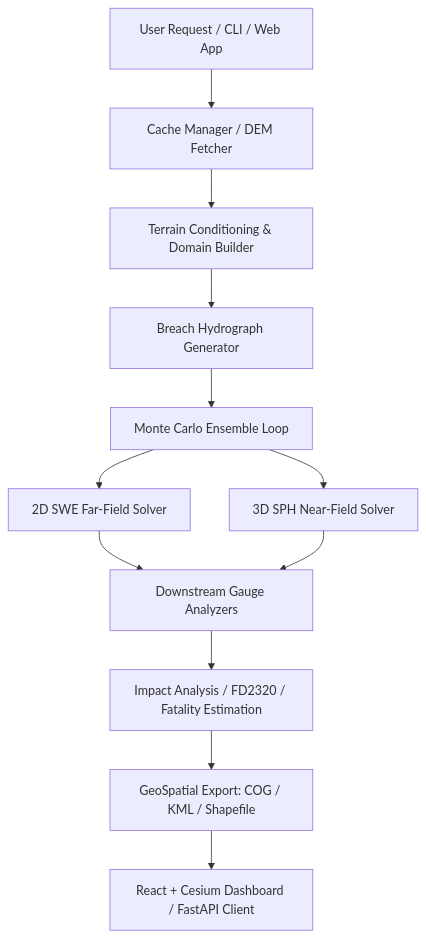
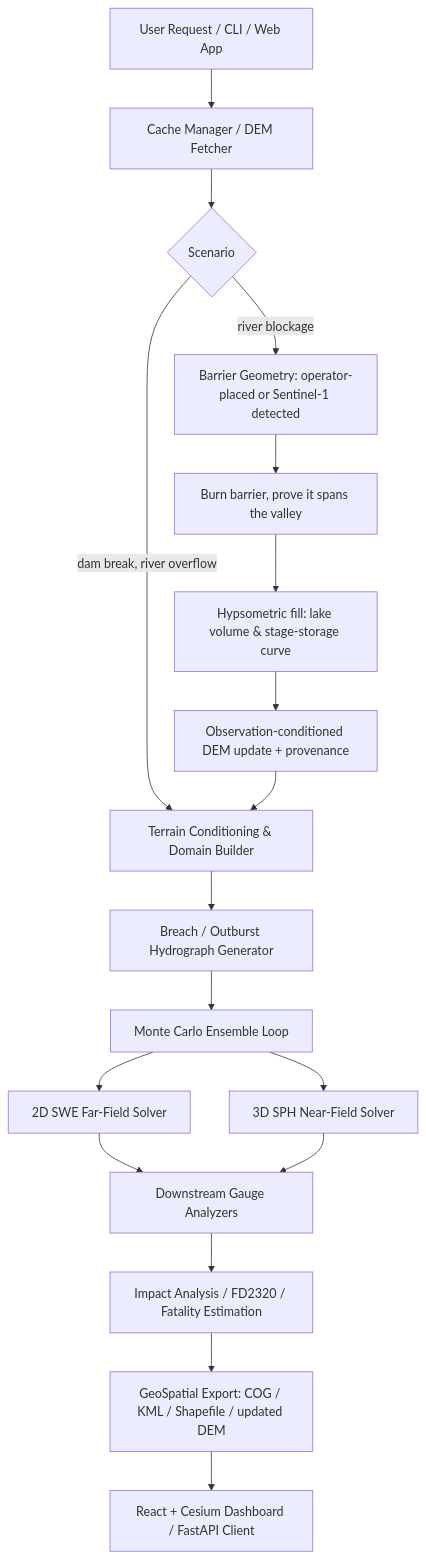
One commit to SatyajeetChavan30/SIH-prototype changed the diagram in README.md. Above: the diagram before and after it, drawn with Mermaid. The commit also changed other lines of this file and 92 other files, not shown here.

Commit message:
river blockage

````diff
--- a/README.md
+++ b/README.md
@@ -25,14 +27,20 @@
 ```mermaid
 graph TD
     A[User Request / CLI / Web App] --> B[Cache Manager / DEM Fetcher]
-    B --> C[Terrain Conditioning & Domain Builder]
-    C --> D[Breach Hydrograph Generator]
+    B --> C{Scenario}
+    C -->|dam break, river overflow| E0[Terrain Conditioning & Domain Builder]
+    C -->|river blockage| L1[Barrier Geometry: operator-placed or Sentinel-1 detected]
+    L1 --> L2[Burn barrier, prove it spans the valley]
+    L2 --> L3[Hypsometric fill: lake volume & stage-storage curve]
+    L3 --> L4[Observation-conditioned DEM update + provenance]
+    L4 --> E0
+    E0 --> D[Breach / Outburst Hydrograph Generator]
     D --> E[Monte Carlo Ensemble Loop]
     E --> F[2D SWE Far-Field Solver]
     E --> G[3D SPH Near-Field Solver]
     F --> H[Downstream Gauge Analyzers]
     G --> H
     H --> I[Impact Analysis / FD2320 / Fatality Estimation]
-    I --> J[GeoSpatial Export: COG / KML / Shapefile]
+    I --> J[GeoSpatial Export: COG / KML / Shapefile / updated DEM]
     J --> K[React + Cesium Dashboard / FastAPI Client]
 ```
````
